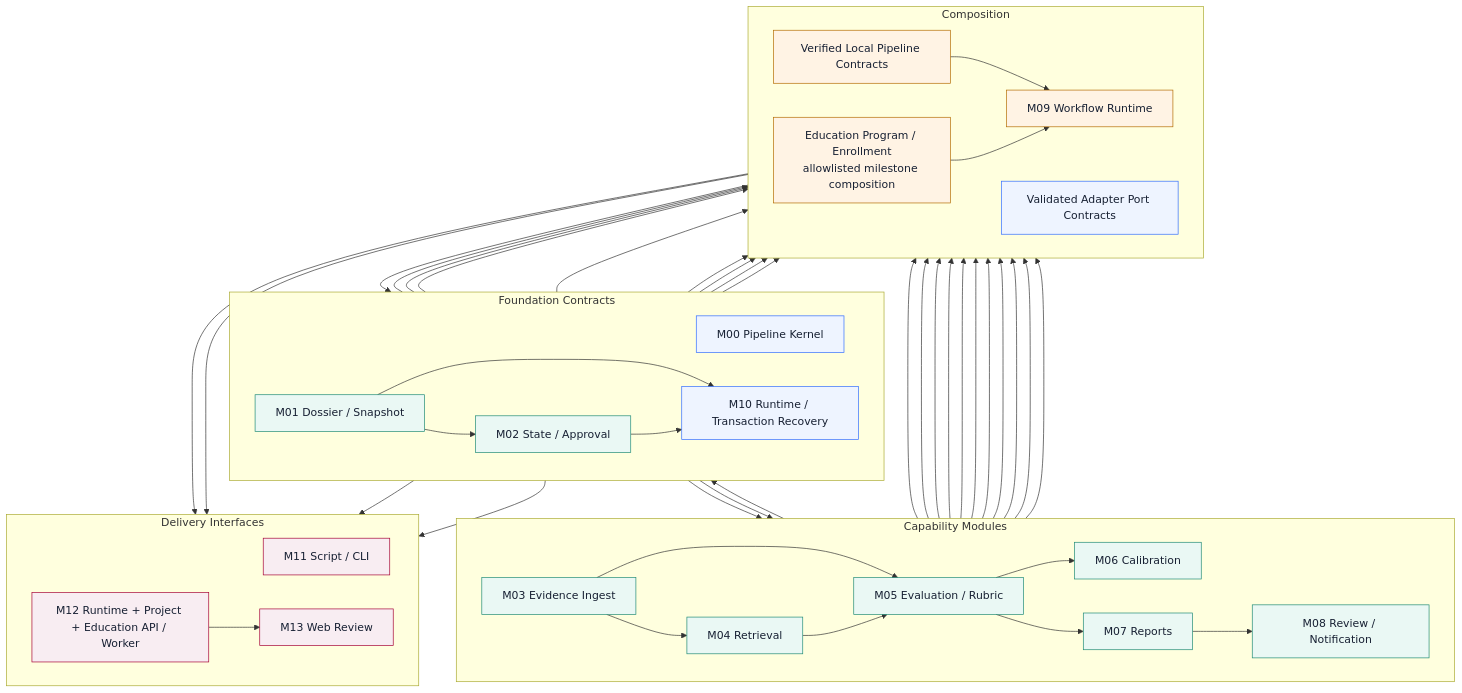
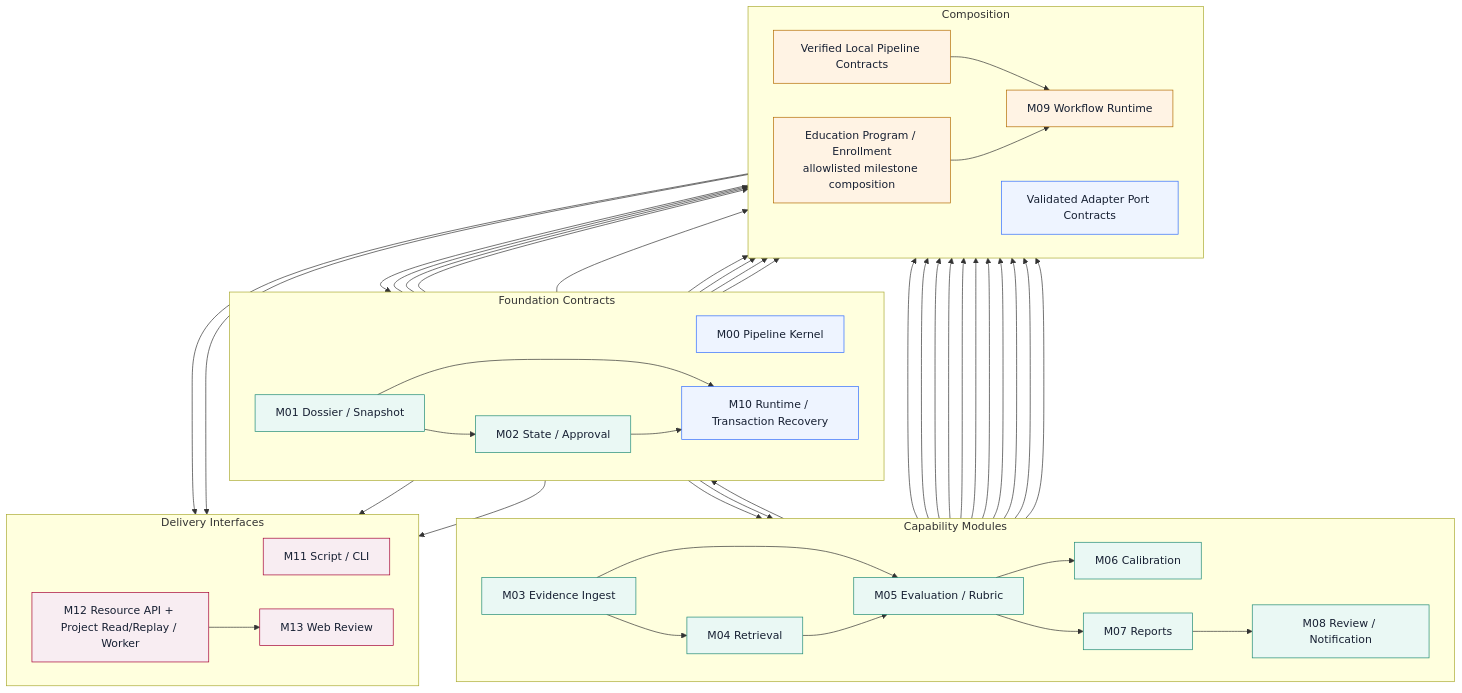
Diagram 12 of 16 in docs/architecture/workflow-blueprint.md (Infant83/AXCalib), drawn with Mermaid before and after one commit. The commit also changed other lines of this file and 29 other files, not shown here.

Commit message:
feat: add project read and decision replay

````diff
--- a/docs/architecture/workflow-blueprint.md
+++ b/docs/architecture/workflow-blueprint.md
@@ -418,71 +449,71 @@
 ```mermaid
 flowchart TB
     subgraph F["Foundation Contracts"]
         direction LR
         M00["M00 Pipeline Kernel"]
         M01["M01 Dossier / Snapshot"] --> M02["M02 State / Approval"]
         M01 --> M10["M10 Runtime / Transaction Recovery"]
         M02 --> M10
     end
 
     subgraph C["Capability Modules"]
         direction LR
         M03["M03 Evidence Ingest"] --> M04["M04 Retrieval"]
         M01 --> M05["M05 Evaluation / Rubric"]
         M03 --> M05
         M04 --> M05
         M05 --> M06["M06 Calibration"]
         M05 --> M07["M07 Reports"]
         M02 --> M08["M08 Review / Notification"]
         M07 --> M08
         M08 --> M10
     end
 
     subgraph O["Composition"]
         direction LR
         PC["Verified Local Pipeline Contracts"] --> M09["M09 Workflow Runtime"]
         EP["Education Program / Enrollment\nallowlisted milestone composition"] --> M09
         AP["Validated Adapter Port Contracts"] --> M10
     end
 
     subgraph I["Delivery Interfaces"]
         direction LR
         M11["M11 Script / CLI"]
-        M12["M12 Runtime + Project + Education API / Worker"] --> M13["M13 Web Review"]
+        M12["M12 Resource API + Project Read/Replay / Worker"] --> M13["M13 Web Review"]
     end
 
     M00 --> PC
     M01 --> PC
     M02 --> PC
     M03 --> PC
     M04 --> PC
     M05 --> PC
     M06 --> PC
     M07 --> PC
     M08 --> PC
     M10 --> PC
     M01 --> EP
     M02 --> EP
     M08 --> EP
 
     M00 --> AP
     M01 --> AP
     M03 --> AP
     M04 --> AP
     M05 --> AP
     M08 --> AP
 
     M09 --> M11
     M10 --> M11
     M09 --> M12
     M10 --> M12
 
     classDef foundation fill:#EEF4FF,stroke:#2F6BFF,color:#172033;
     classDef domain fill:#EAF8F4,stroke:#1E8A75,color:#172033;
     classDef orchestration fill:#FFF3E4,stroke:#B36B00,color:#172033;
     classDef interface fill:#F8EDF2,stroke:#A50034,color:#172033;
     class M00,M10,AP foundation;
     class M01,M02,M03,M04,M05,M06,M07,M08 domain;
     class M09,PC,EP orchestration;
     class M11,M12,M13 interface;
 ```
````
